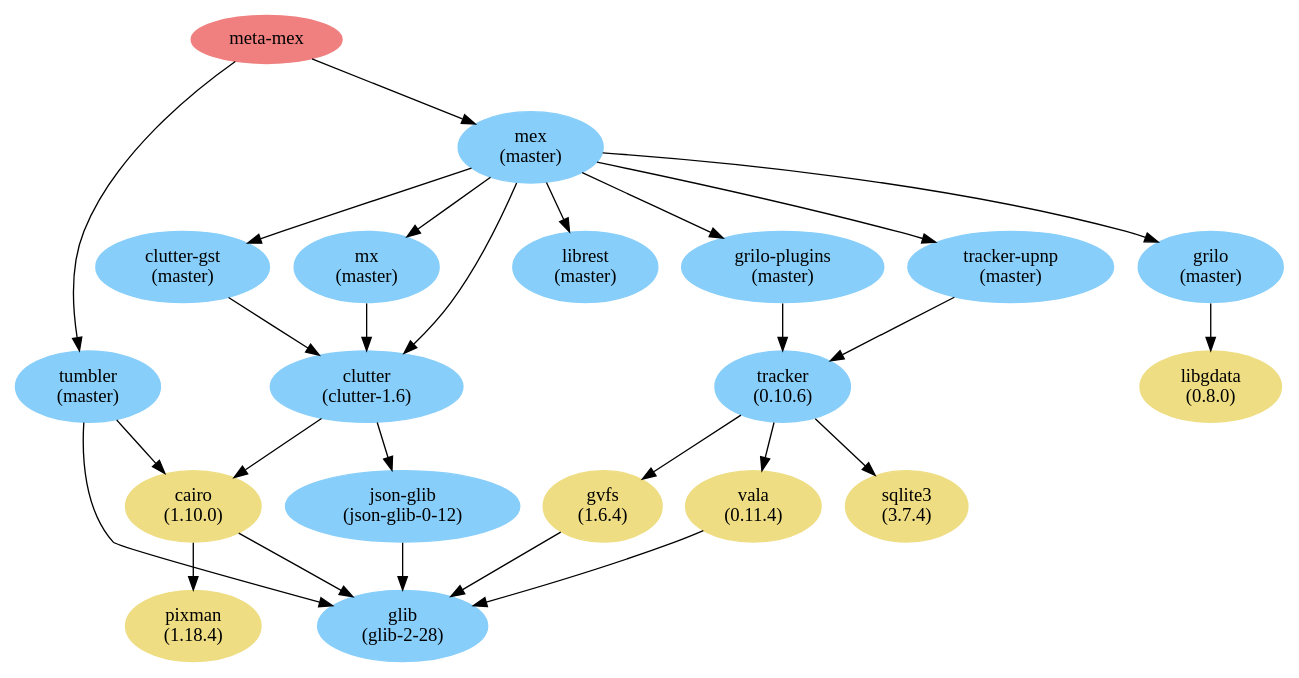
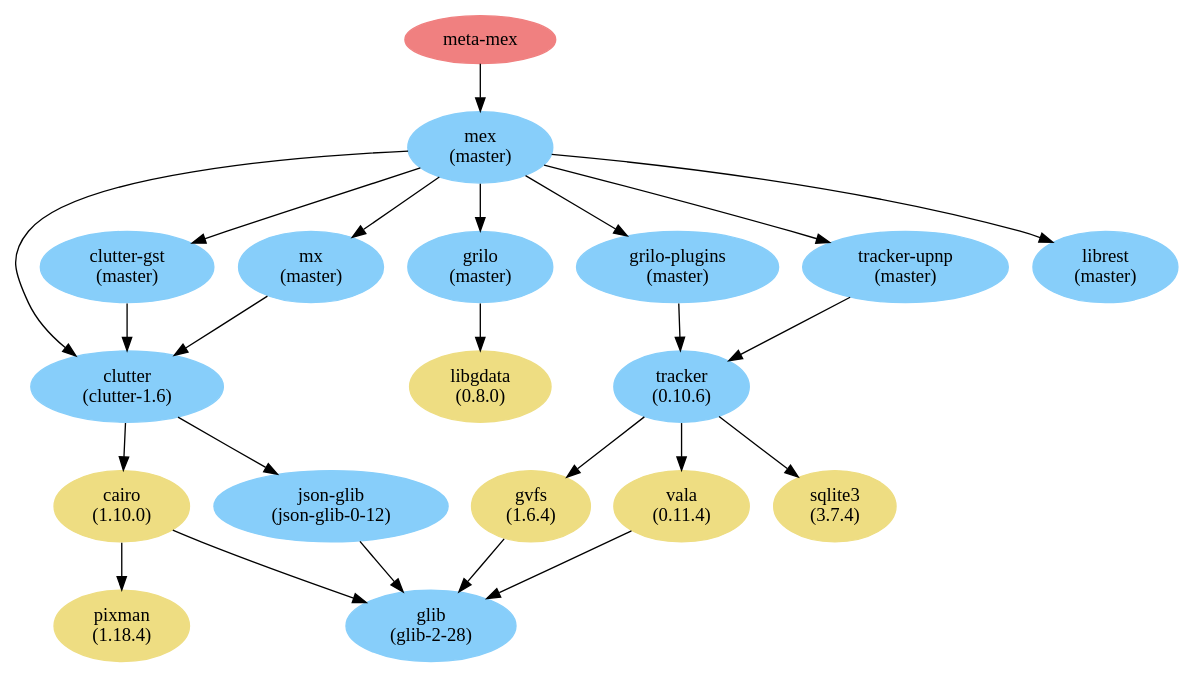
The diagram in doc/reference/mex/dependencies.dot (media-explorer/media-explorer), drawn with Graphviz before and after one commit. The commit also changed 3 other files, not shown here.

```diff
--- a/doc/reference/mex/dependencies.dot
+++ b/doc/reference/mex/dependencies.dot
@@ -1,49 +1,45 @@
 digraph "G" {
   fontsize = 8;
   ratio = auto;
   "meta-mex" [color="lightcoral",style="filled",label="meta-mex"];
-  "meta-mex" -> "tumbler";
   "meta-mex" -> "mex";
-  "tumbler" [color="lightskyblue",style="filled",label="tumbler\n(master)"];
-  "tumbler" -> "glib";
-  "tumbler" -> "cairo";
   "mex" [color="lightskyblue",style="filled",label="mex\n(master)"];
   "mex" -> "clutter";
   "mex" -> "clutter-gst";
   "mex" -> "mx";
   "mex" -> "grilo";
   "mex" -> "grilo-plugins";
   "mex" -> "tracker-upnp";
   "mex" -> "librest";
   "glib" [color="lightskyblue",style="filled",label="glib\n(glib-2-28)"];
   "cairo" [color="lightgoldenrod",style="filled",label="cairo\n(1.10.0)"];
   "cairo" -> "pixman";
   "cairo" -> "glib";
   "clutter" [color="lightskyblue",style="filled",label="clutter\n(clutter-1.6)"];
   "clutter" -> "cairo";
   "clutter" -> "json-glib";
   "clutter-gst" [color="lightskyblue",style="filled",label="clutter-gst\n(master)"];
   "clutter-gst" -> "clutter";
   "mx" [color="lightskyblue",style="filled",label="mx\n(master)"];
   "mx" -> "clutter";
   "grilo" [color="lightskyblue",style="filled",label="grilo\n(master)"];
   "grilo" -> "libgdata";
   "grilo-plugins" [color="lightskyblue",style="filled",label="grilo-plugins\n(master)"];
   "grilo-plugins" -> "tracker";
   "tracker-upnp" [color="lightskyblue",style="filled",label="tracker-upnp\n(master)"];
   "tracker-upnp" -> "tracker";
   "librest" [color="lightskyblue",style="filled",label="librest\n(master)"];
   "pixman" [color="lightgoldenrod",style="filled",label="pixman\n(1.18.4)"];
   "json-glib" [color="lightskyblue",style="filled",label="json-glib\n(json-glib-0-12)"];
   "json-glib" -> "glib";
   "libgdata" [color="lightgoldenrod",style="filled",label="libgdata\n(0.8.0)"];
   "tracker" [color="lightskyblue",style="filled",label="tracker\n(0.10.6)"];
   "tracker" -> "gvfs";
   "tracker" -> "vala";
   "tracker" -> "sqlite3";
   "gvfs" [color="lightgoldenrod",style="filled",label="gvfs\n(1.6.4)"];
   "gvfs" -> "glib";
   "vala" [color="lightgoldenrod",style="filled",label="vala\n(0.11.4)"];
   "vala" -> "glib";
   "sqlite3" [color="lightgoldenrod",style="filled",label="sqlite3\n(3.7.4)"];
 }
```
